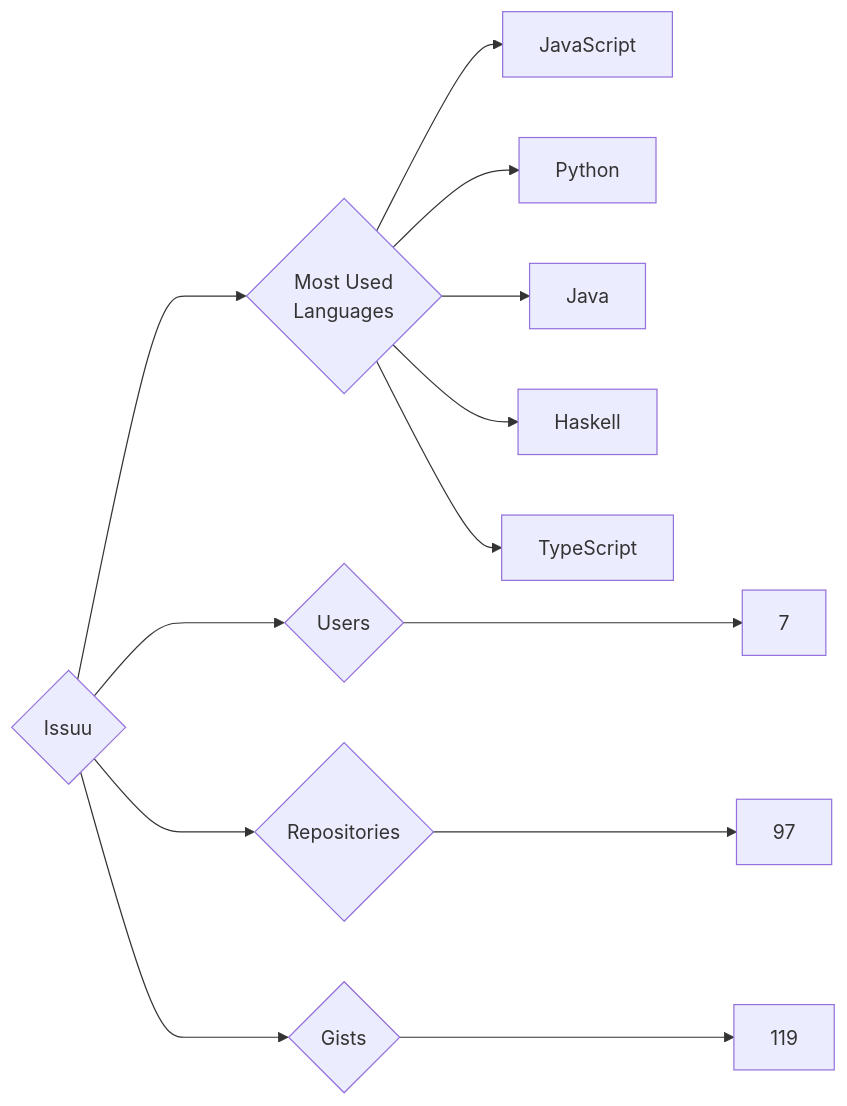
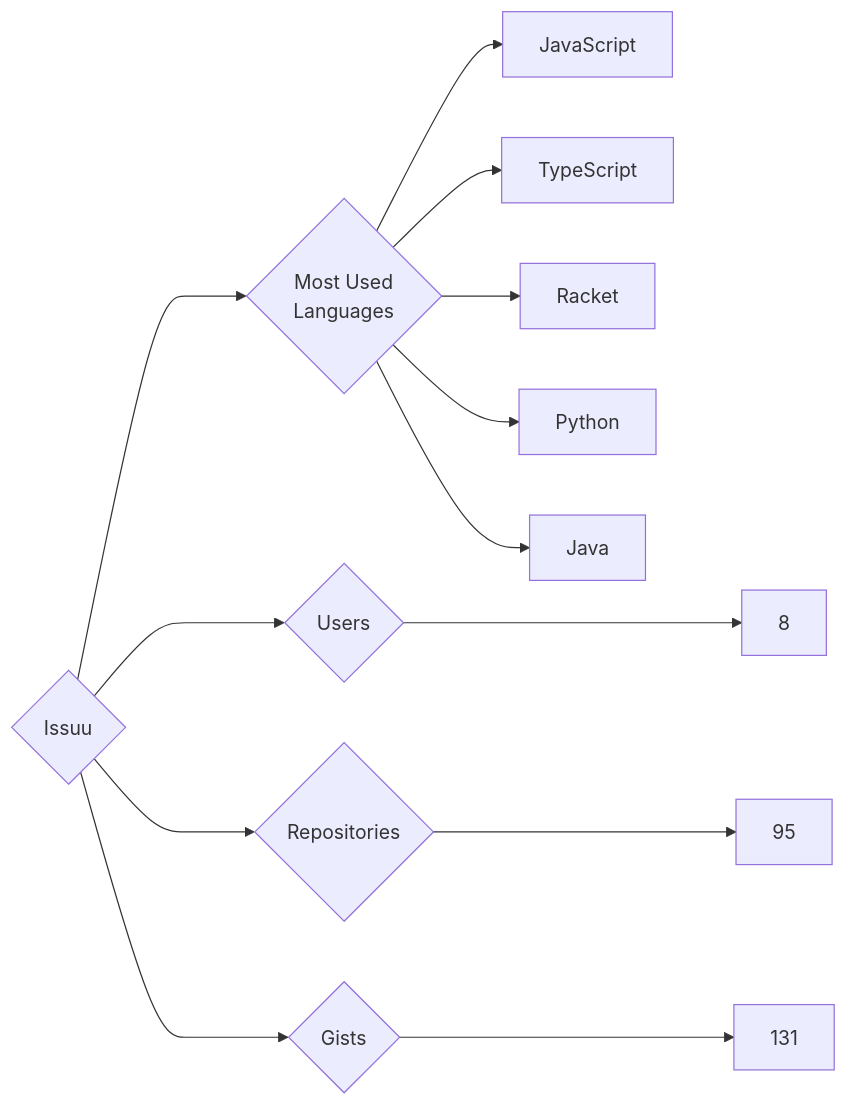
The diagram in targets/Issuu/README.md (trickest/insiders), drawn with Mermaid before and after one commit. The commit also changed 924 other files, not shown here.

````diff
--- a/targets/Issuu/README.md
+++ b/targets/Issuu/README.md
@@ -3,13 +3,13 @@
 ```mermaid
 graph LR
 COMPANY_NAME{Issuu}
-COMPANY_NAME ---> U{Users} ---> UN[7]
-COMPANY_NAME ---> R{Repositories} ---> RN[97]
-COMPANY_NAME ---> G{Gists} ---> GN[119]
+COMPANY_NAME ---> U{Users} ---> UN[8]
+COMPANY_NAME ---> R{Repositories} ---> RN[95]
+COMPANY_NAME ---> G{Gists} ---> GN[131]
 COMPANY_NAME ---> ML{Most Used<br>Languages}
 ML --> JavaScript[JavaScript]
+ML --> TypeScript[TypeScript]
+ML --> Racket[Racket]
 ML --> Python[Python]
 ML --> Java[Java]
-ML --> Haskell[Haskell]
-ML --> TypeScript[TypeScript]
 ```
````
